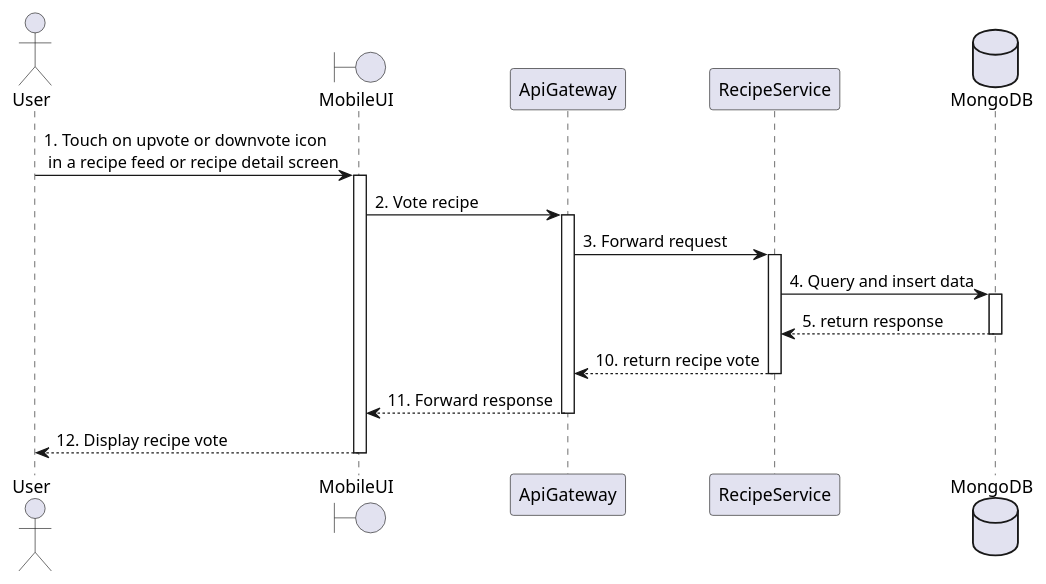
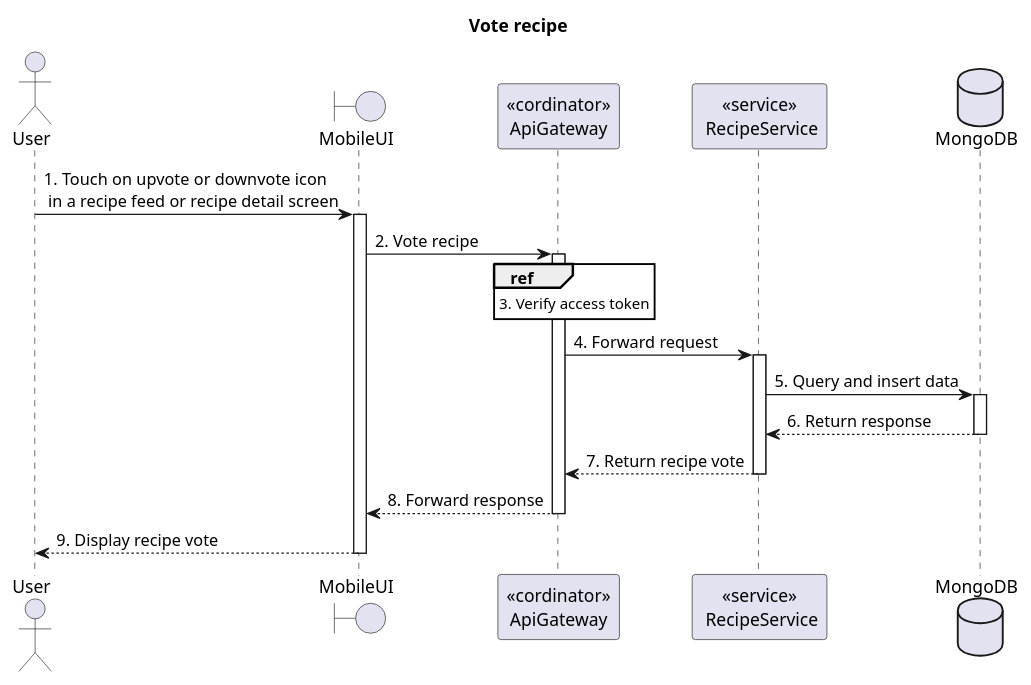
Before and after one commit to Carl-Johnsons/tastopia: the diagram in doc/SDS/Recipe/Vote recipe/Sequence.plantuml, drawn with PlantUML. The commit also changed 10 other files, not shown here.

Commit message:
doc: update recipe sequences, add user, tracking sequences

```diff
--- a/doc/SDS/Recipe/Vote recipe/Sequence.plantuml
+++ b/doc/SDS/Recipe/Vote recipe/Sequence.plantuml
@@ -1,30 +1,32 @@
 @startuml VoteRecipe
+title "Vote recipe"
+<style>
+  sequenceDiagram {
+    reference {
+      BackGroundColor white
+    }
+}
+</style>
+
 actor User
 boundary MobileUI
-participant ApiGateway
-participant RecipeService
+participant "<<cordinator>>\nApiGateway" as ApiGateway
+participant "<<service>>\n RecipeService" as RecipeService
 database MongoDB
 
-User -> MobileUI: 1. Touch on upvote or downvote icon \n in a recipe feed or recipe detail screen
-activate MobileUI
+User -> MobileUI++: 1. Touch on upvote or downvote icon \n in a recipe feed or recipe detail screen
 
-MobileUI -> ApiGateway: 2. Vote recipe
-activate ApiGateway
+MobileUI -> ApiGateway++: 2. Vote recipe
 
-ApiGateway -> RecipeService: 3. Forward request
-activate RecipeService
+ref over ApiGateway: 3. Verify access token
+
+ApiGateway -> RecipeService++: 4. Forward request
 
 database MongoDB
-RecipeService -> MongoDB: 4. Query and insert data
-activate MongoDB
-RecipeService <-- MongoDB: 5. return response
-deactivate MongoDB
+RecipeService -> MongoDB++: 5. Query and insert data
+RecipeService <-- MongoDB--: 6. Return response
 
-ApiGateway <-- RecipeService: 10. return recipe vote
-deactivate RecipeService
-MobileUI <-- ApiGateway: 11. Forward response
-deactivate ApiGateway
-User <-- MobileUI: 12. Display recipe vote
-deactivate MobileUI
-
+ApiGateway <-- RecipeService--: 7. Return recipe vote
+MobileUI <-- ApiGateway--: 8. Forward response
+User <-- MobileUI--: 9. Display recipe vote
 @enduml
```
